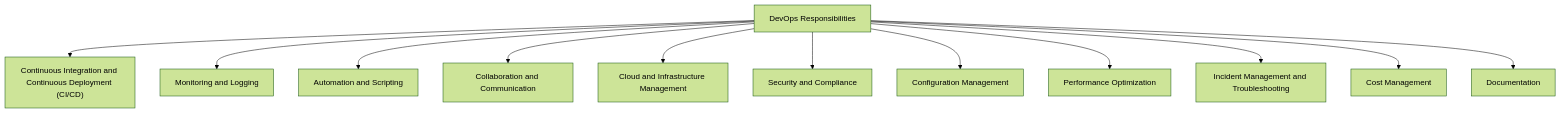
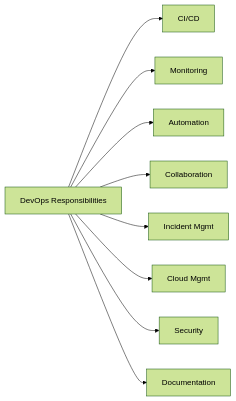
The diagram in devops-doks/content/docs/responsibilities/Overview.md (afrank84/DevOpsDoks), drawn with Mermaid (forest theme) before and after one commit.

Commit message:
Overview.md - added mermaid chart vertical

````diff
--- a/devops-doks/content/docs/responsibilities/Overview.md
+++ b/devops-doks/content/docs/responsibilities/Overview.md
@@ -11,29 +11,17 @@
 ```mermaid
-flowchart TD
+flowchart LR
     DevOps["DevOps Responsibilities"]
     
-    CI_CD["Continuous Integration and Continuous Deployment (CI/CD)"]
-    Monitoring["Monitoring and Logging"]
-    Automation["Automation and Scripting"]
-    Collaboration["Collaboration and Communication"]
-    Cloud_Infra["Cloud and Infrastructure Management"]
-    Security["Security and Compliance"]
-    Config_Management["Configuration Management"]
-    Performance["Performance Optimization"]
-    Incident["Incident Management and Troubleshooting"]
-    Cost["Cost Management"]
+    CI_CD["CI/CD"]
+    Monitoring["Monitoring"]
+    Automation["Automation"]
+    Collaboration["Collaboration"]
+    Cloud_Infra["Cloud Mgmt"]
+    Security["Security"]
+
+    Incident["Incident Mgmt"]
     Documentation["Documentation"]
 
-    DevOps --> CI_CD
-    DevOps --> Monitoring
-    DevOps --> Automation
-    DevOps --> Collaboration
-    DevOps --> Cloud_Infra
-    DevOps --> Security
-    DevOps --> Config_Management
-    DevOps --> Performance
-    DevOps --> Incident
-    DevOps --> Cost
-    DevOps --> Documentation
+    DevOps --> CI_CD & Monitoring & Automation & Collaboration & Incident & Cloud_Infra & Security & Documentation
 
 ```
````
